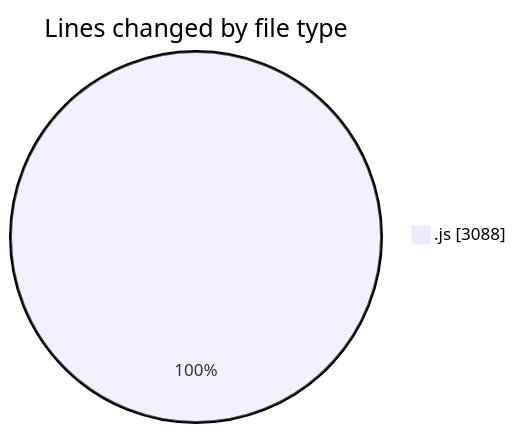
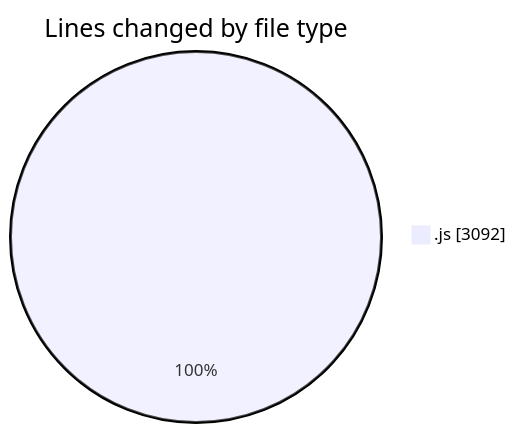
One commit to nxtqubesakshisongat/code-tracking changed the first of 2 diagrams in 2025-09-08/cashcalculator/README.md. Above: the diagram before and after it, drawn with Mermaid. The commit also changed other lines of this file and 1 other file, not shown here.

````diff
--- a/2025-09-08/cashcalculator/README.md
+++ b/2025-09-08/cashcalculator/README.md
@@ -20,5 +20,5 @@
 ```mermaid
 pie showData
 title Lines changed by file type
-".js" : 3088
+".js" : 3092
 ```
````
